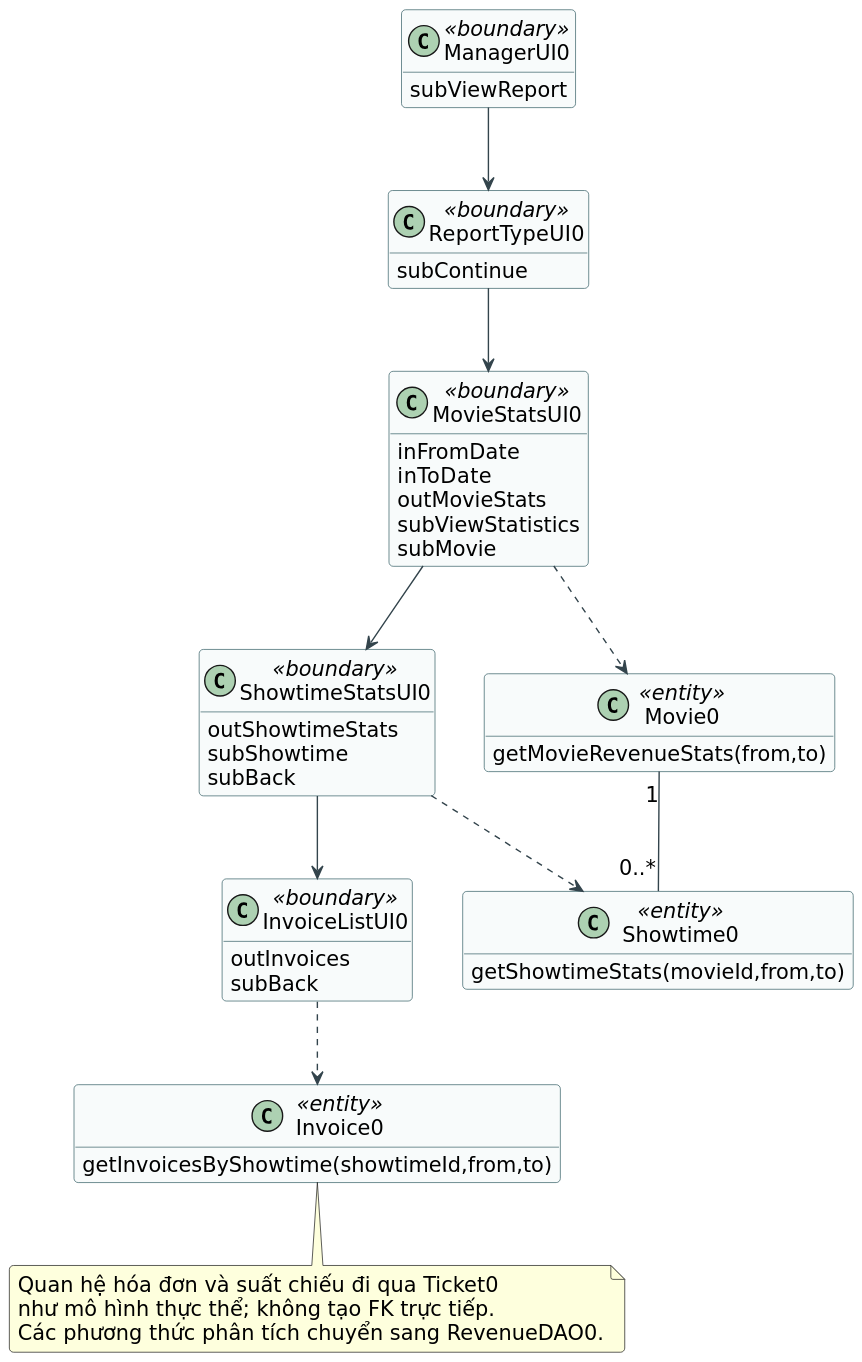
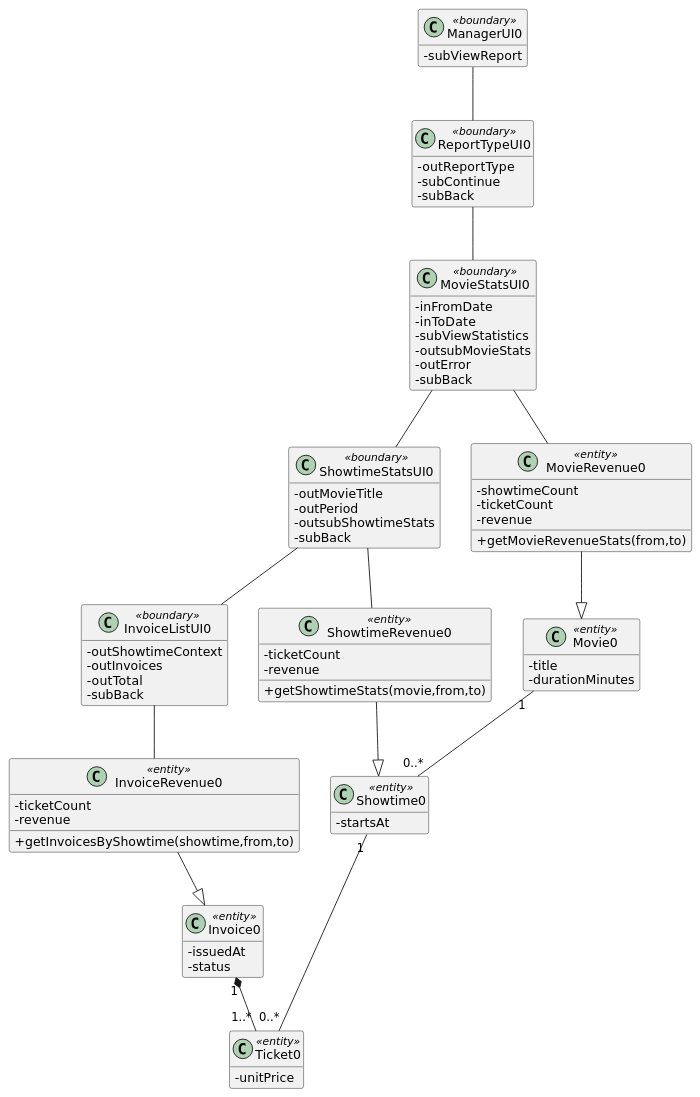
The diagram in uml/phan-tich/04-revenue-analysis.puml (tinhatinh/PTTK), drawn with PlantUML before and after one commit. The commit also changed 66 other files, not shown here.

Commit message:
Align final report with LibMan phases and rebuild analysis UML

```diff
--- a/uml/phan-tich/04-revenue-analysis.puml
+++ b/uml/phan-tich/04-revenue-analysis.puml
@@ -1,59 +1,77 @@
 @startuml 04-revenue-analysis
 skinparam defaultFontName DejaVu Sans
-skinparam defaultFontSize 15
 skinparam shadowing false
-skinparam backgroundColor white
-skinparam ArrowColor #33444C
-skinparam classBackgroundColor #F8FBFB
-skinparam classBorderColor #335D64
-skinparam packageBorderColor #60757D
-skinparam roundcorner 6
-skinparam dpi 150
-skinparam maxMessageSize 180
+skinparam classAttributeIconSize 0
 hide empty members
-top to bottom direction
 class ManagerUI0 <<boundary>> {
- subViewReport
+ -subViewReport
 }
 class ReportTypeUI0 <<boundary>> {
- subContinue
+ -outReportType
+ -subContinue
+ -subBack
 }
 class MovieStatsUI0 <<boundary>> {
- inFromDate
-inToDate
-outMovieStats
-subViewStatistics
-subMovie
+ -inFromDate
+ -inToDate
+ -subViewStatistics
+ -outsubMovieStats
+ -outError
+ -subBack
 }
 class ShowtimeStatsUI0 <<boundary>> {
- outShowtimeStats
-subShowtime
-subBack
+ -outMovieTitle
+ -outPeriod
+ -outsubShowtimeStats
+ -subBack
 }
 class InvoiceListUI0 <<boundary>> {
- outInvoices
-subBack
+ -outShowtimeContext
+ -outInvoices
+ -outTotal
+ -subBack
 }
 class Movie0 <<entity>> {
- getMovieRevenueStats(from,to)
+ -title
+ -durationMinutes
 }
 class Showtime0 <<entity>> {
- getShowtimeStats(movieId,from,to)
+ -startsAt
 }
 class Invoice0 <<entity>> {
- getInvoicesByShowtime(showtimeId,from,to)
+ -issuedAt
+ -status
 }
-ManagerUI0 --> ReportTypeUI0
-ReportTypeUI0 --> MovieStatsUI0
-MovieStatsUI0 --> ShowtimeStatsUI0
-ShowtimeStatsUI0 --> InvoiceListUI0
-MovieStatsUI0 ..> Movie0
-ShowtimeStatsUI0 ..> Showtime0
-InvoiceListUI0 ..> Invoice0
+class Ticket0 <<entity>> {
+ -unitPrice
+}
+class MovieRevenue0 <<entity>> {
+ -showtimeCount
+ -ticketCount
+ -revenue
+ +getMovieRevenueStats(from,to)
+}
+class ShowtimeRevenue0 <<entity>> {
+ -ticketCount
+ -revenue
+ +getShowtimeStats(movie,from,to)
+}
+class InvoiceRevenue0 <<entity>> {
+ -ticketCount
+ -revenue
+ +getInvoicesByShowtime(showtime,from,to)
+}
 Movie0 "1" -- "0..*" Showtime0
-note bottom of Invoice0
-Quan hệ hóa đơn và suất chiếu đi qua Ticket0
-như mô hình thực thể; không tạo FK trực tiếp.
-Các phương thức phân tích chuyển sang RevenueDAO0.
-end note
+Invoice0 "1" *-- "1..*" Ticket0
+Showtime0 "1" -- "0..*" Ticket0
+MovieRevenue0 --|> Movie0
+ShowtimeRevenue0 --|> Showtime0
+InvoiceRevenue0 --|> Invoice0
+ManagerUI0 -- ReportTypeUI0
+ReportTypeUI0 -- MovieStatsUI0
+MovieStatsUI0 -- ShowtimeStatsUI0
+ShowtimeStatsUI0 -- InvoiceListUI0
+MovieStatsUI0 -- MovieRevenue0
+ShowtimeStatsUI0 -- ShowtimeRevenue0
+InvoiceListUI0 -- InvoiceRevenue0
 @enduml
```
